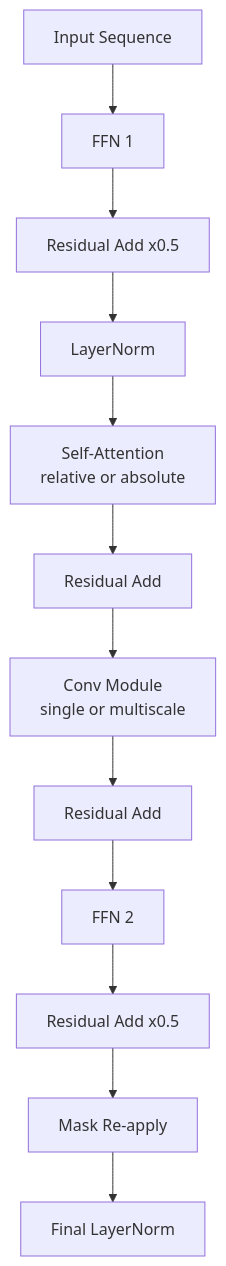
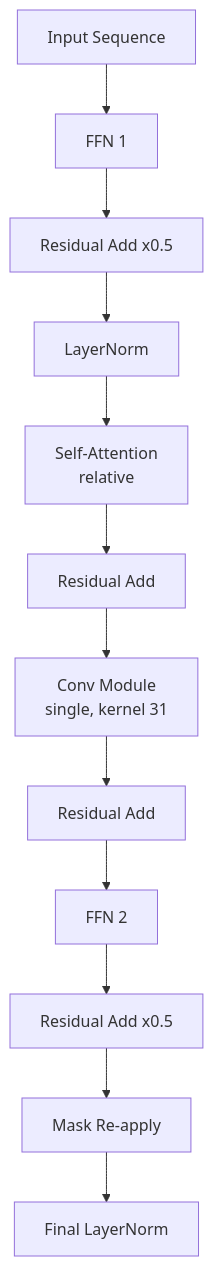
Before and after one commit to KANG-HYUNIL/SER_GraduationPaper: the second of 3 diagrams in docs/KR_MODEL_CNN_CONFORMER.md, drawn with Mermaid. The commit also changed other lines of this file and 26 other files, not shown here.

````diff
--- a/docs/KR_MODEL_CNN_CONFORMER.md
+++ b/docs/KR_MODEL_CNN_CONFORMER.md
@@ -75,14 +85,14 @@
 ```mermaid
 flowchart TD
     X[Input Sequence] --> A[FFN 1]
     A --> B[Residual Add x0.5]
     B --> C[LayerNorm]
-    C --> D[Self-Attention\nrelative or absolute]
+    C --> D[Self-Attention\nrelative]
     D --> E[Residual Add]
-    E --> F[Conv Module\nsingle or multiscale]
+    E --> F[Conv Module\nsingle, kernel 31]
     F --> G[Residual Add]
     G --> H[FFN 2]
     H --> I[Residual Add x0.5]
     I --> J[Mask Re-apply]
     J --> K[Final LayerNorm]
 ```
````
